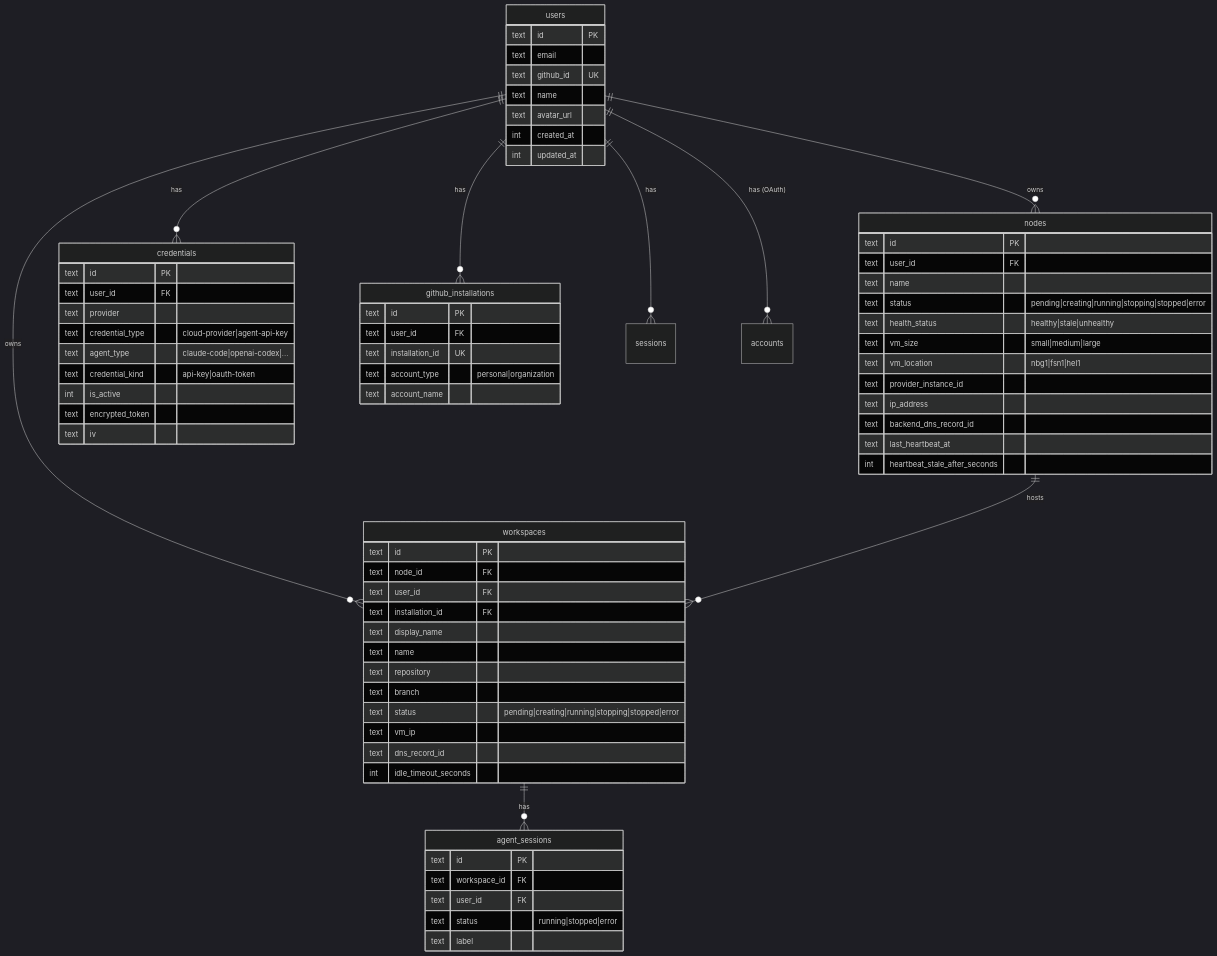
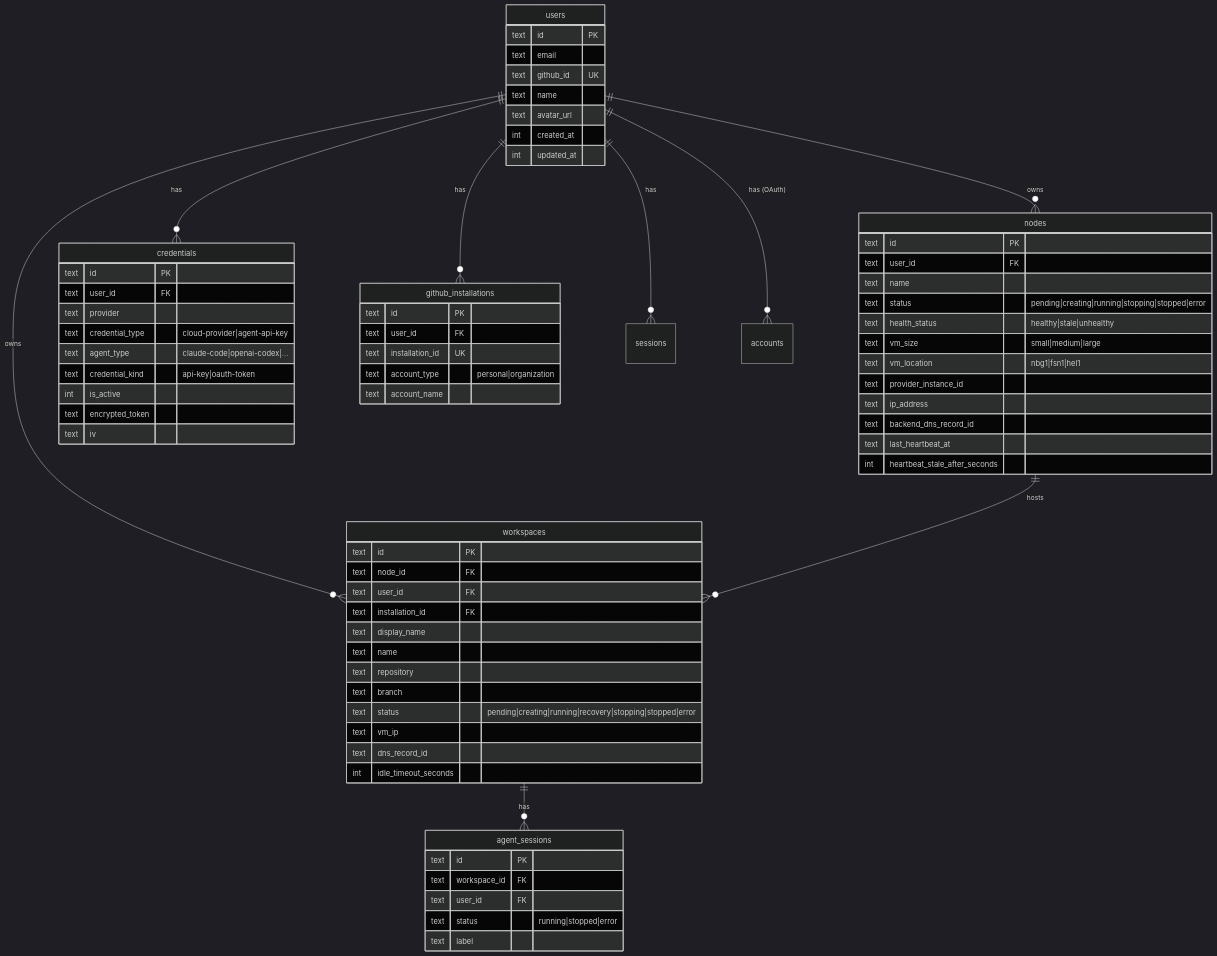
The fifth of 17 diagrams in docs/architecture/walkthrough.md (raphaeltm/simple-agent-manager), drawn with Mermaid (dark theme) before and after one commit. The commit also changed other lines of this file and 28 other files, not shown here.

Commit message:
Harden devcontainer bootstrap fallback and add recovery status

````diff
--- a/docs/architecture/walkthrough.md
+++ b/docs/architecture/walkthrough.md
@@ -283,79 +283,79 @@
 ```mermaid
 erDiagram
     users ||--o{ nodes : "owns"
     users ||--o{ workspaces : "owns"
     users ||--o{ credentials : "has"
     users ||--o{ github_installations : "has"
     users ||--o{ sessions : "has"
     users ||--o{ accounts : "has (OAuth)"
     nodes ||--o{ workspaces : "hosts"
     workspaces ||--o{ agent_sessions : "has"
 
     users {
         text id PK
         text email
         text github_id UK
         text name
         text avatar_url
         int created_at
         int updated_at
     }
 
     nodes {
         text id PK
         text user_id FK
         text name
         text status "pending|creating|running|stopping|stopped|error"
         text health_status "healthy|stale|unhealthy"
         text vm_size "small|medium|large"
         text vm_location "nbg1|fsn1|hel1"
         text provider_instance_id
         text ip_address
         text backend_dns_record_id
         text last_heartbeat_at
         int heartbeat_stale_after_seconds
     }
 
     workspaces {
         text id PK
         text node_id FK
         text user_id FK
         text installation_id FK
         text display_name
         text name
         text repository
         text branch
-        text status "pending|creating|running|stopping|stopped|error"
+        text status "pending|creating|running|recovery|stopping|stopped|error"
         text vm_ip
         text dns_record_id
         int idle_timeout_seconds
     }
 
     credentials {
         text id PK
         text user_id FK
         text provider
         text credential_type "cloud-provider|agent-api-key"
         text agent_type "claude-code|openai-codex|..."
         text credential_kind "api-key|oauth-token"
         int is_active
         text encrypted_token
         text iv
     }
 
     agent_sessions {
         text id PK
         text workspace_id FK
         text user_id FK
         text status "running|stopped|error"
         text label
     }
 
     github_installations {
         text id PK
         text user_id FK
         text installation_id UK
         text account_type "personal|organization"
         text account_name
     }
 ```
````
